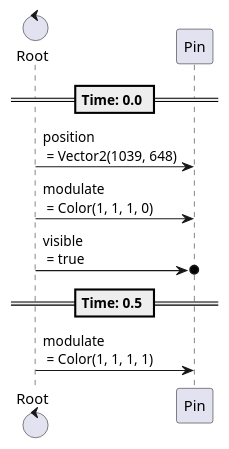
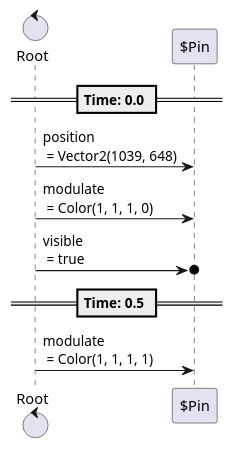
Before and after one commit to tkmfujise/Platformer-Game-Learning: the sixth of 24 diagrams in content/scenes/src/beginning/chapters/chapters.tscn.adoc, drawn with PlantUML. The commit also changed other lines of this file and 31 other files, not shown here.

Commit message:
Add prefix $ to node name in animation sequences

```diff
--- a/content/scenes/src/beginning/chapters/chapters.tscn.adoc
+++ b/content/scenes/src/beginning/chapters/chapters.tscn.adoc
@@ -425,16 +425,16 @@
 [plantuml]
 ....
-control "Root" as Root
-participant "Pin" as T0
+control "Root" as R
+participant "$Pin" as T0
 
 
 
 == Time: 0.0 ==
-Root  ->  T0 : position\n = Vector2(1039, 648)
-Root  ->  T0 : modulate\n = Color(1, 1, 1, 0)
-Root  ->o  T0 : visible\n = true
+R  ->  T0 : position\n = Vector2(1039, 648)
+R  ->  T0 : modulate\n = Color(1, 1, 1, 0)
+R  ->o  T0 : visible\n = true
 == Time: 0.5 ==
-Root  ->  T0 : modulate\n = Color(1, 1, 1, 1)
+R  ->  T0 : modulate\n = Color(1, 1, 1, 1)
 
 
 ....
```
